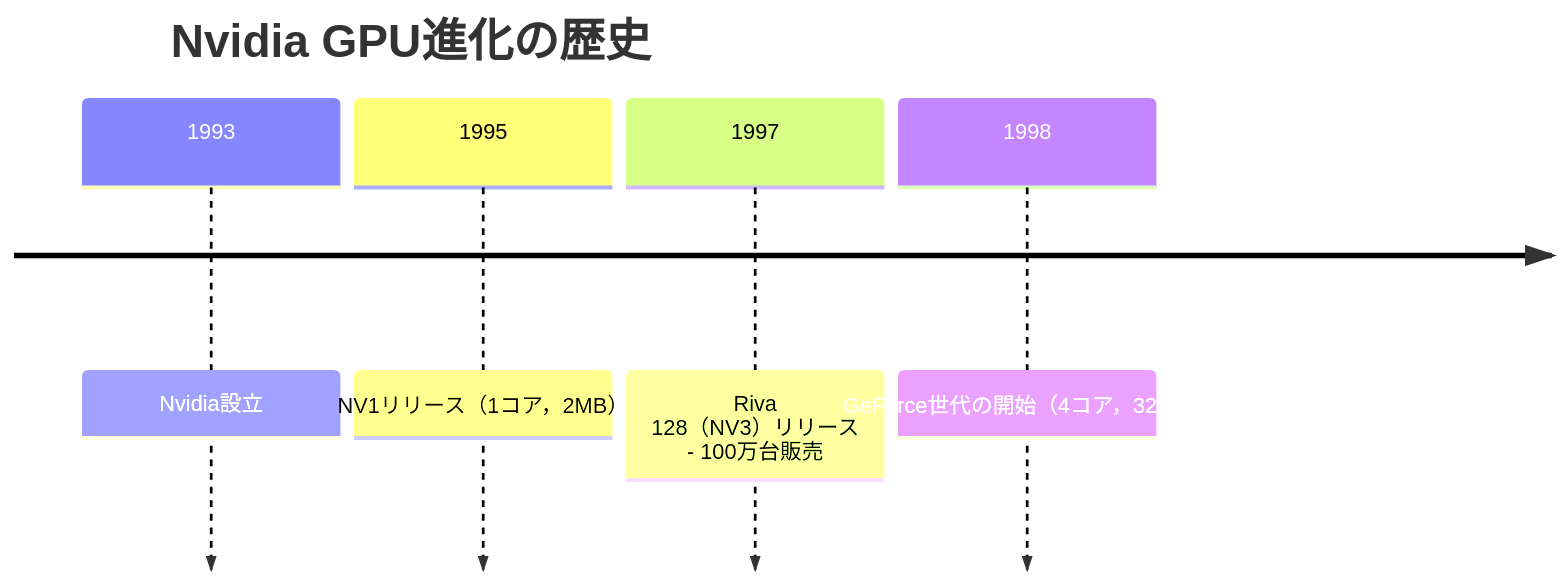
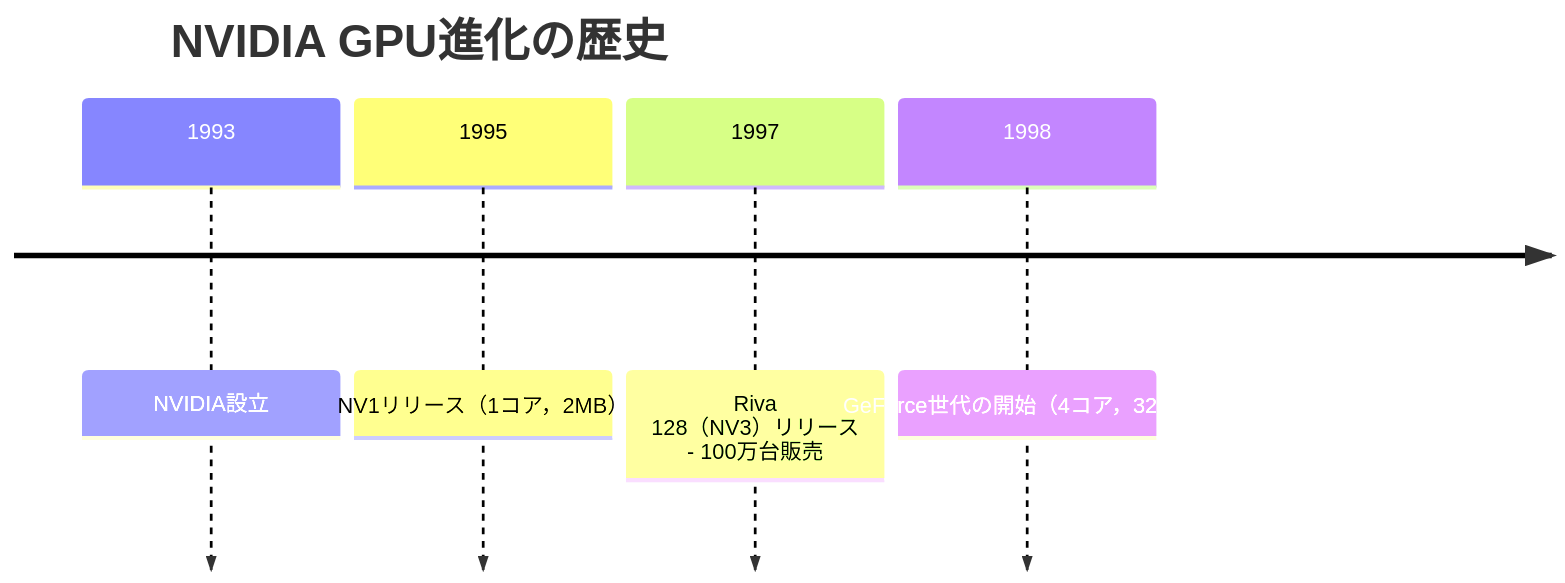
Before and after one commit to tkm5/cuda-programming-guide: the diagram in src/data/sections/01/lecture-02.mdx, drawn with Mermaid. The commit also changed other lines of this file and 59 other files, not shown here.

````diff
--- a/src/data/sections/01/lecture-02.mdx
+++ b/src/data/sections/01/lecture-02.mdx
@@ -50,8 +51,8 @@
 ```mermaid
 timeline
-    title Nvidia GPU進化の歴史
-    1993 : Nvidia設立
+    title NVIDIA GPU進化の歴史
+    1993 : NVIDIA設立
     1995 : NV1リリース（1コア，2MB）
     1997 : Riva 128（NV3）リリース - 100万台販売
     1998 : GeForce世代の開始（4コア，32MB）
 ```
````
